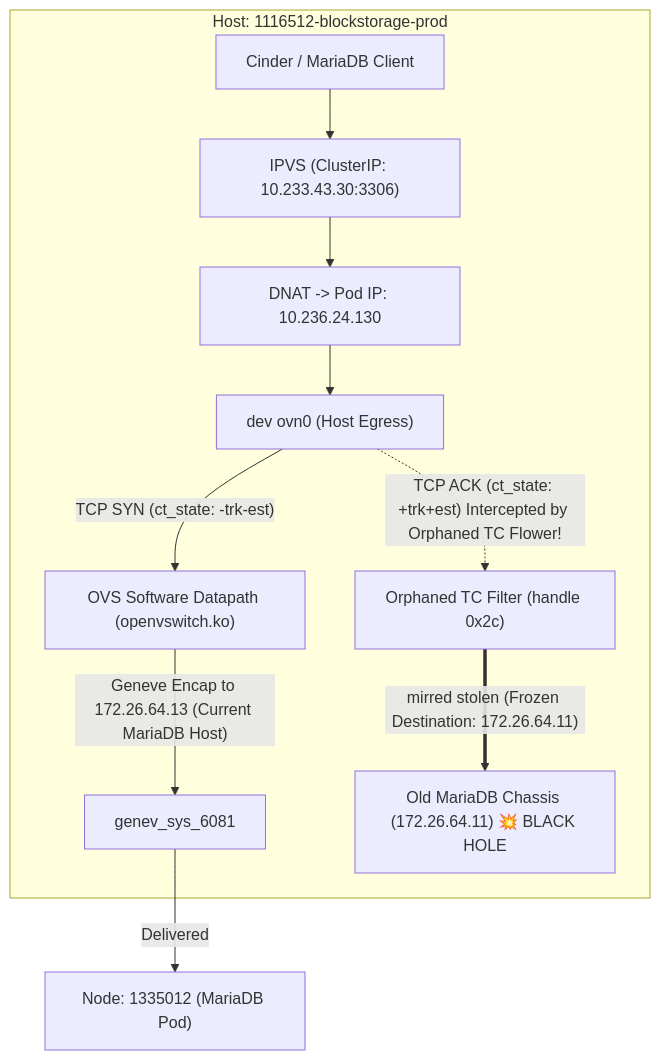
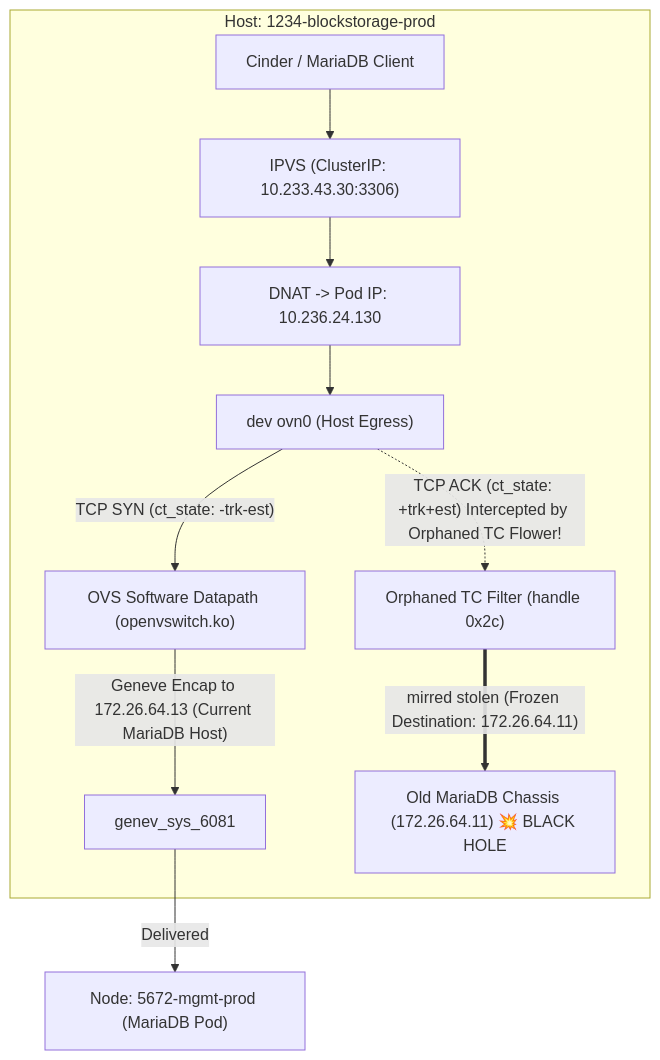
One commit to rackerlabs/genestack-blog changed the diagram in docs/blog/posts/2026-10-06-orphaned-tc-flower-filters-and-silent-packet-drops.md. Above: the diagram before and after it, drawn with Mermaid. The commit also changed other lines of this file, not shown here.

First line of the commit message:
docs: update TC flower blog post with egress blind spots and sanitized hostnames

````diff
--- a/docs/blog/posts/2026-10-06-orphaned-tc-flower-filters-and-silent-packet-drops.md
+++ b/docs/blog/posts/2026-10-06-orphaned-tc-flower-filters-and-silent-packet-drops.md
@@ -124,16 +124,16 @@
 ```mermaid
 flowchart TD
-    subgraph Client Node ["Host: 1116512-blockstorage-prod"]
+    subgraph Client Node ["Host: 1234-blockstorage-prod"]
         App["Cinder / MariaDB Client"] --> IPVS["IPVS (ClusterIP: 10.233.43.30:3306)"]
         IPVS --> DNAT["DNAT -> Pod IP: 10.236.24.130"]
         DNAT --> OVN0["dev ovn0 (Host Egress)"]
         
         OVN0 -->|"TCP SYN (ct_state: -trk-est)"| OVS["OVS Software Datapath (openvswitch.ko)"]
         OVS -->|"Geneve Encap to 172.26.64.13 (Current MariaDB Host)"| TunnelDev["genev_sys_6081"]
         
         OVN0 -.->|"TCP ACK (ct_state: +trk+est) Intercepted by Orphaned TC Flower!"| TC["Orphaned TC Filter (handle 0x2c)"]
         TC ==>|"mirred stolen (Frozen Destination: 172.26.64.11)"| DeadChassis["Old MariaDB Chassis (172.26.64.11) 💥 BLACK HOLE"]
     end
     
-    TunnelDev -->|"Delivered"| LiveMariaDB["Node: 1335012 (MariaDB Pod)"]
+    TunnelDev -->|"Delivered"| LiveMariaDB["Node: 5672-mgmt-prod (MariaDB Pod)"]
 ```
````
